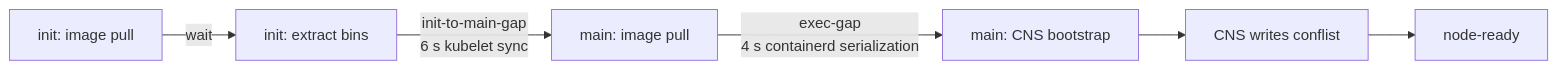
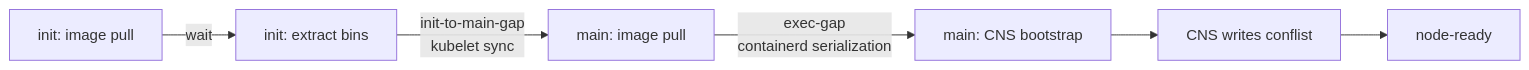
The first of 6 diagrams in docs/performance-investigation/04-embed-cni-poc.md (rbtr/azure-container-networking), drawn with Mermaid before and after one commit. The commit also changed other lines of this file and 3 other files, not shown here.

````diff
--- a/docs/performance-investigation/04-embed-cni-poc.md
+++ b/docs/performance-investigation/04-embed-cni-poc.md
@@ -18,8 +23,8 @@
 ```mermaid
 flowchart LR
     a[init: image pull] -->|wait| b[init: extract bins]
-    b -->|init-to-main-gap<br/>6 s kubelet sync| c[main: image pull]
-    c -->|exec-gap<br/>4 s containerd serialization| d[main: CNS bootstrap]
+    b -->|init-to-main-gap<br/>kubelet sync| c[main: image pull]
+    c -->|exec-gap<br/>containerd serialization| d[main: CNS bootstrap]
     d --> e[CNS writes conflist]
     e --> f[node-ready]
 ```
````
